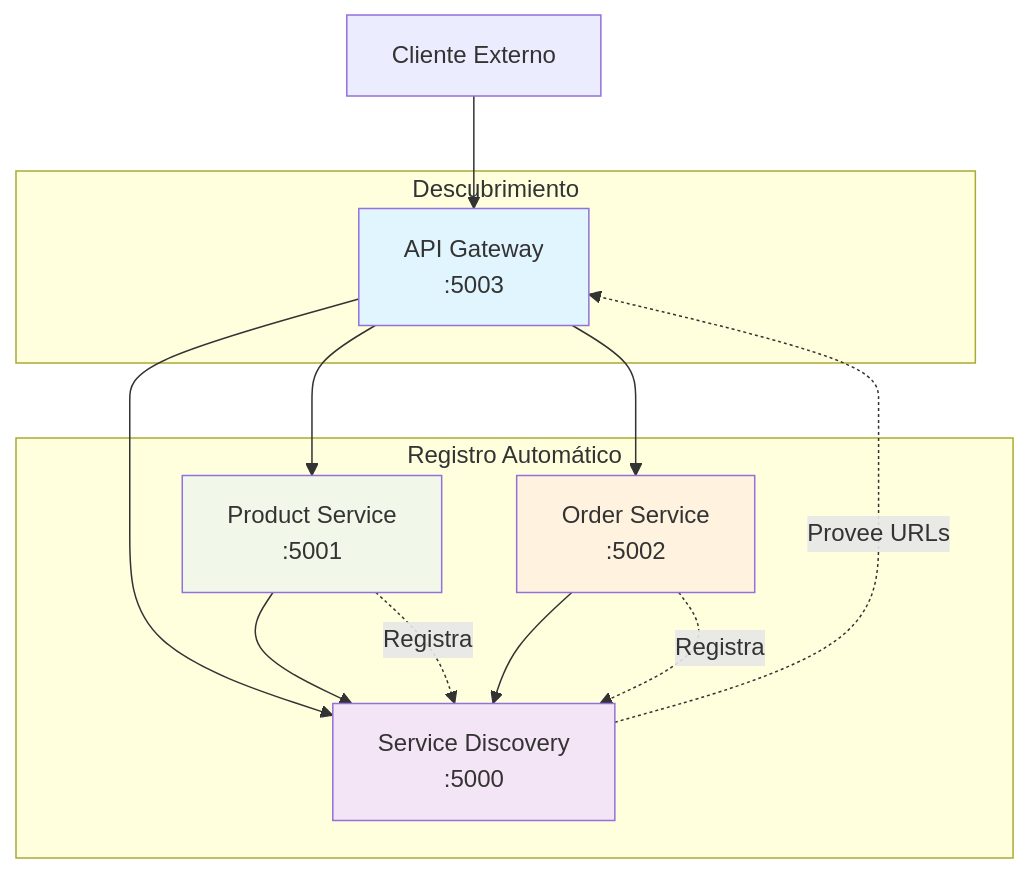
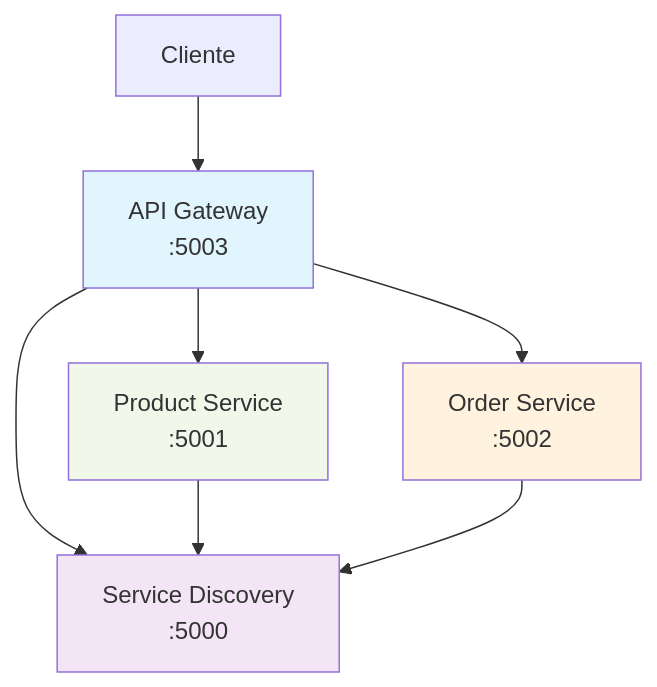
The diagram in README.md (TheNefelin/AWS_Microservices_Demo_.NET8), drawn with Mermaid before and after one commit. The commit also changed other lines of this file and 13 other files, not shown here.

````diff
--- a/README.md
+++ b/README.md
@@ -64,25 +26,16 @@
 ```mermaid
 graph TB
-    Client[Cliente Externo] --> Gateway[API Gateway<br/>:5003]
+    Client[Cliente] --> Gateway[API Gateway<br/>:5003]
     
     Gateway --> SD[Service Discovery<br/>:5000]
     Gateway --> PS[Product Service<br/>:5001]
     Gateway --> OS[Order Service<br/>:5002]
     
     PS --> SD
     OS --> SD
     
-    subgraph "Registro Automático"
-        PS -.->|Registra| SD
-        OS -.->|Registra| SD
-    end
-    
-    subgraph "Descubrimiento"
-        SD -.->|Provee URLs| Gateway
-    end
-    
     style Gateway fill:#e1f5fe
     style SD fill:#f3e5f5
     style PS fill:#f1f8e9
     style OS fill:#fff3e0
 ```
````
